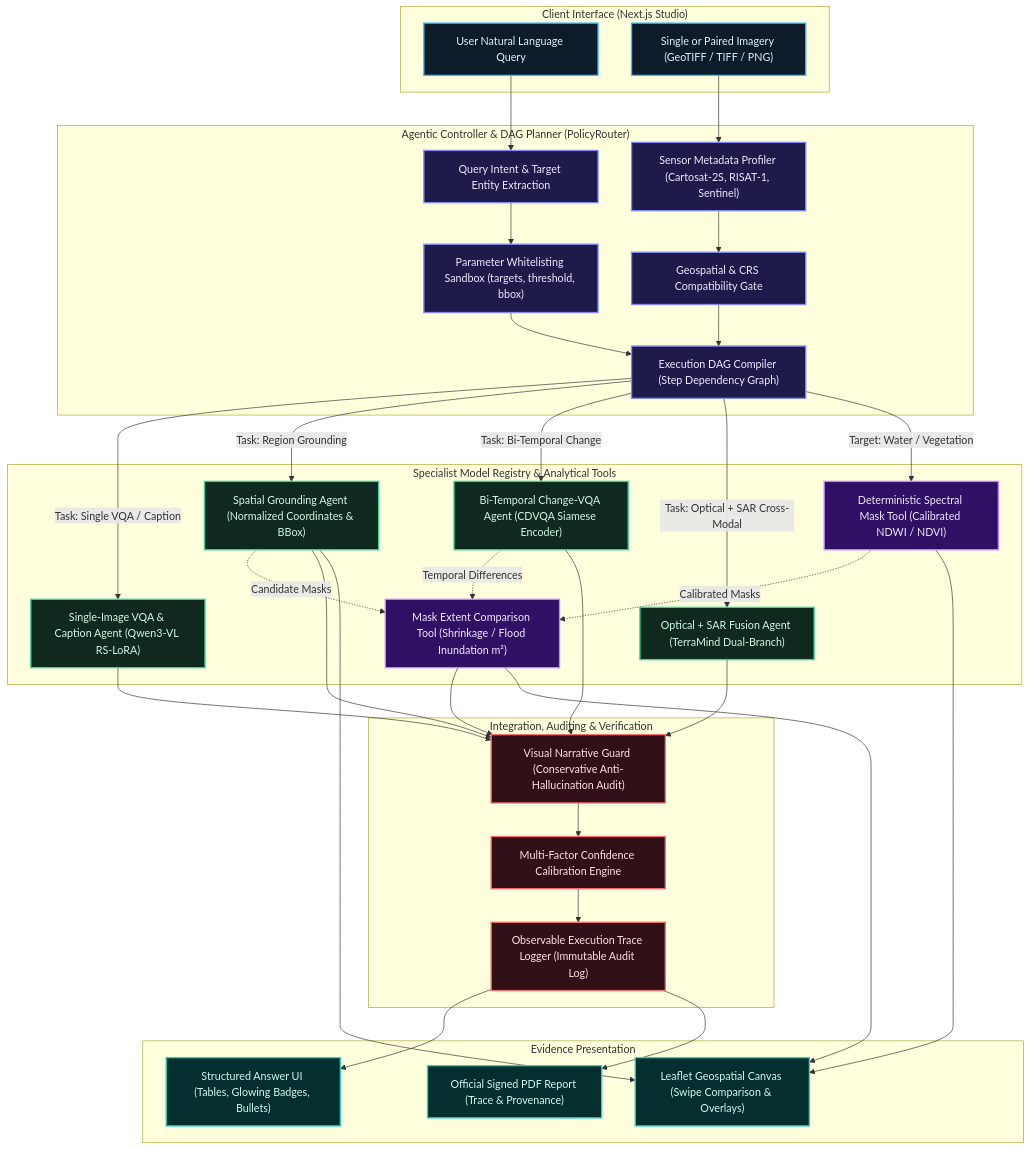
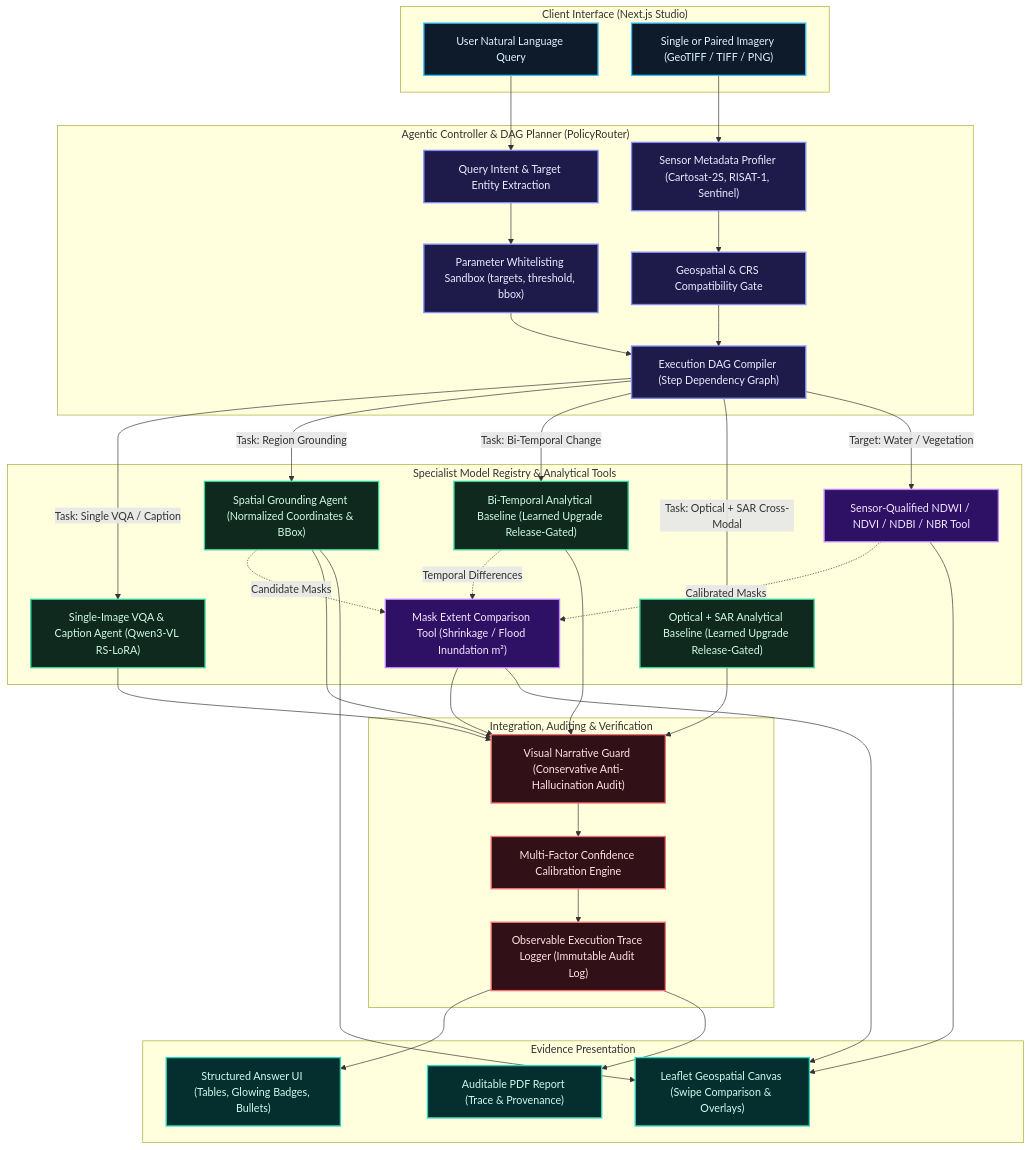
The first of 2 diagrams in docs/AGENTIC_COMMUNICATION_FLOW.md (aanandmodi/StatqueryAI), drawn with Mermaid before and after one commit. The commit also changed other lines of this file and 47 other files, not shown here.

```diff
--- a/docs/AGENTIC_COMMUNICATION_FLOW.md
+++ b/docs/AGENTIC_COMMUNICATION_FLOW.md
@@ -37,9 +37,9 @@
     subgraph Registry ["Specialist Model Registry & Analytical Tools"]
         VLM_Agent["Single-Image VQA & Caption Agent (Qwen3-VL RS-LoRA)"]
         Grd_Agent["Spatial Grounding Agent (Normalized Coordinates & BBox)"]
-        Change_Agent["Bi-Temporal Change-VQA Agent (CDVQA Siamese Encoder)"]
-        Fusion_Agent["Optical + SAR Fusion Agent (TerraMind Dual-Branch)"]
-        Spectral_Tool["Deterministic Spectral Mask Tool (Calibrated NDWI / NDVI)"]
+        Change_Agent["Bi-Temporal Analytical Baseline (Learned Upgrade Release-Gated)"]
+        Fusion_Agent["Optical + SAR Analytical Baseline (Learned Upgrade Release-Gated)"]
+        Spectral_Tool["Sensor-Qualified NDWI / NDVI / NDBI / NBR Tool"]
         Extent_Tool["Mask Extent Comparison Tool (Shrinkage / Flood Inundation m²)"]
     end
     class VLM_Agent,Grd_Agent,Change_Agent,Fusion_Agent agent;
@@ -57,7 +57,7 @@
     subgraph Presentation ["Evidence Presentation"]
         StructuredUI["Structured Answer UI (Tables, Glowing Badges, Bullets)"]
         RasterViewer["Leaflet Geospatial Canvas (Swipe Comparison & Overlays)"]
-        PDFReport["Official Signed PDF Report (Trace & Provenance)"]
+        PDFReport["Auditable PDF Report (Trace & Provenance)"]
     end
     class StructuredUI,RasterViewer,PDFReport output;
 
```
